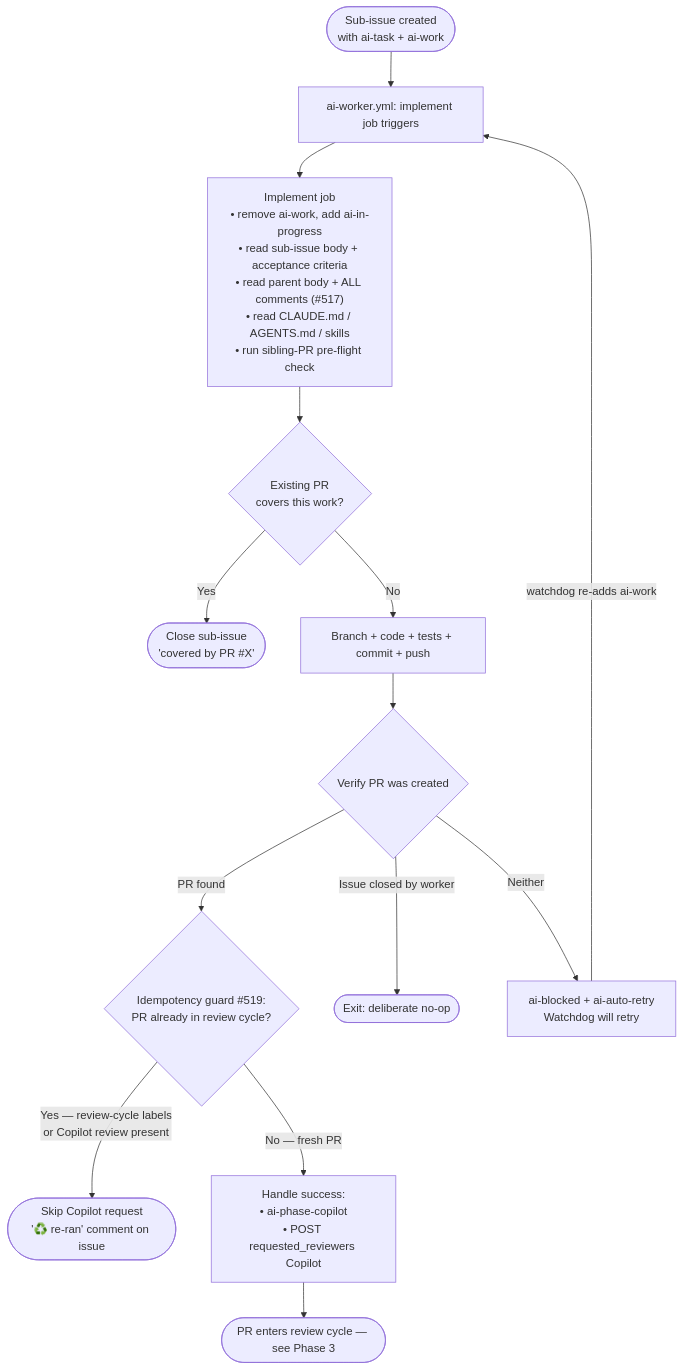
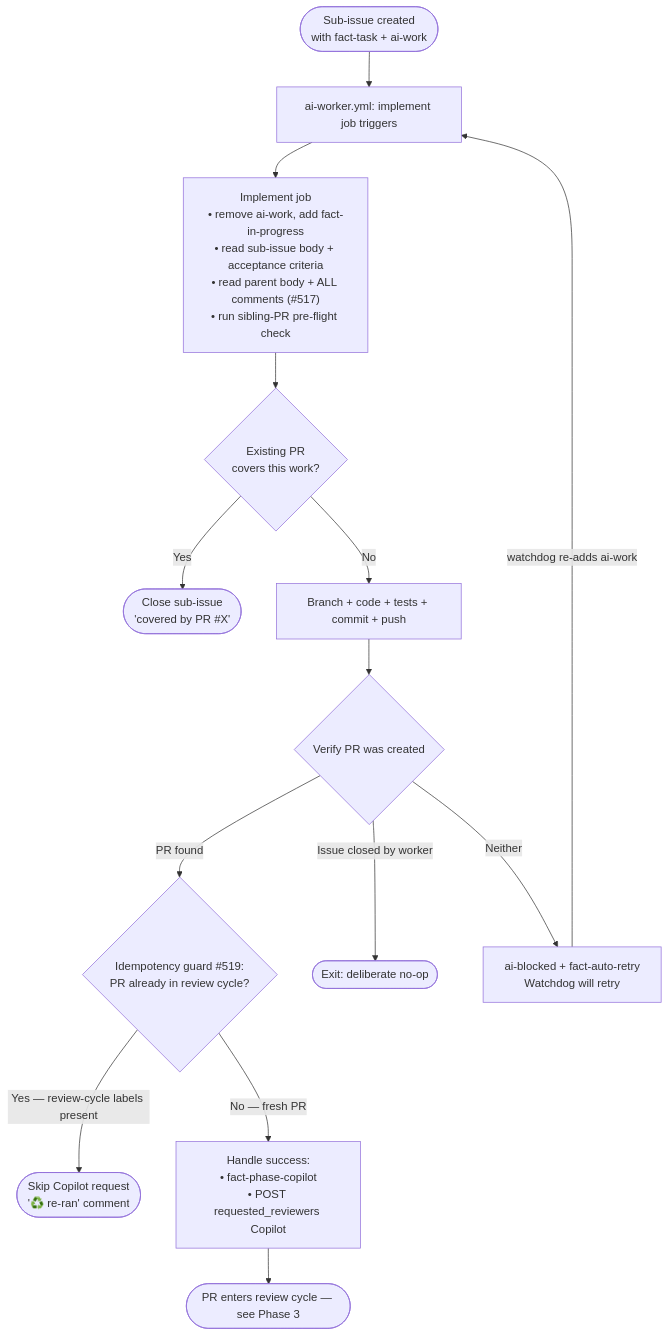
Before and after one commit to alvarolobato/powershop-analytics: the third of 6 diagrams in docs/ai-factory.md, drawn with Mermaid. The commit also changed other lines of this file and 6 other files, not shown here.

First line of the commit message:
docs: single-track issue format + fact-* label conventions (closes #661)

````diff
--- a/docs/ai-factory.md
+++ b/docs/ai-factory.md
@@ -226,21 +315,21 @@
 ```mermaid
 flowchart TD
-    S([Sub-issue created<br/>with ai-task + ai-work]) --> I[ai-worker.yml: implement job triggers]
+    S([Sub-issue created<br/>with fact-task + ai-work]) --> I[ai-worker.yml: implement job triggers]
 
-    I --> P["Implement job<br/>• remove ai-work, add ai-in-progress<br/>• read sub-issue body + acceptance criteria<br/>• read parent body + ALL comments (#517)<br/>• read CLAUDE.md / AGENTS.md / skills<br/>• run sibling-PR pre-flight check"]
+    I --> P["Implement job<br/>• remove ai-work, add fact-in-progress<br/>• read sub-issue body + acceptance criteria<br/>• read parent body + ALL comments (#517)<br/>• run sibling-PR pre-flight check"]
 
     P --> SC{Existing PR<br/>covers this work?}
     SC -->|"Yes"| CL([Close sub-issue<br/>'covered by PR #X'])
     SC -->|"No"| CO[Branch + code + tests + commit + push]
 
     CO --> V{Verify PR was created}
     V -->|"PR found"| ID{Idempotency guard #519:<br/>PR already in review cycle?}
     V -->|"Issue closed by worker"| EX([Exit: deliberate no-op])
-    V -->|"Neither"| BL[ai-blocked + ai-auto-retry<br/>Watchdog will retry]
+    V -->|"Neither"| BL[ai-blocked + fact-auto-retry<br/>Watchdog will retry]
 
-    ID -->|"Yes — review-cycle labels<br/>or Copilot review present"| RR([Skip Copilot request<br/>'♻️ re-ran' comment on issue])
-    ID -->|"No — fresh PR"| HS[Handle success:<br/>• ai-phase-copilot<br/>• POST requested_reviewers Copilot]
+    ID -->|"Yes — review-cycle labels present"| RR([Skip Copilot request<br/>'♻️ re-ran' comment])
+    ID -->|"No — fresh PR"| HS["Handle success:<br/>• fact-phase-copilot<br/>• POST requested_reviewers Copilot"]
 
     HS --> RV([PR enters review cycle — see Phase 3])
     BL -->|"watchdog re-adds ai-work"| I
 ```
````
